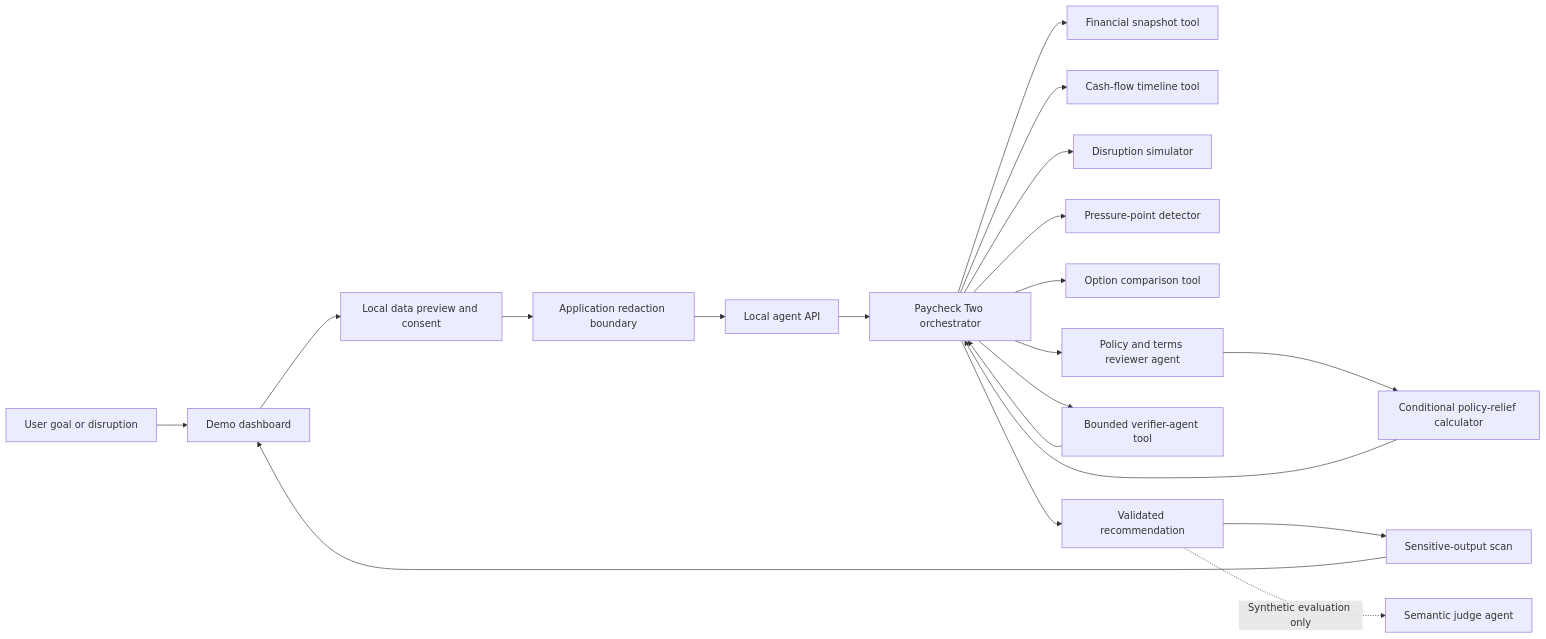
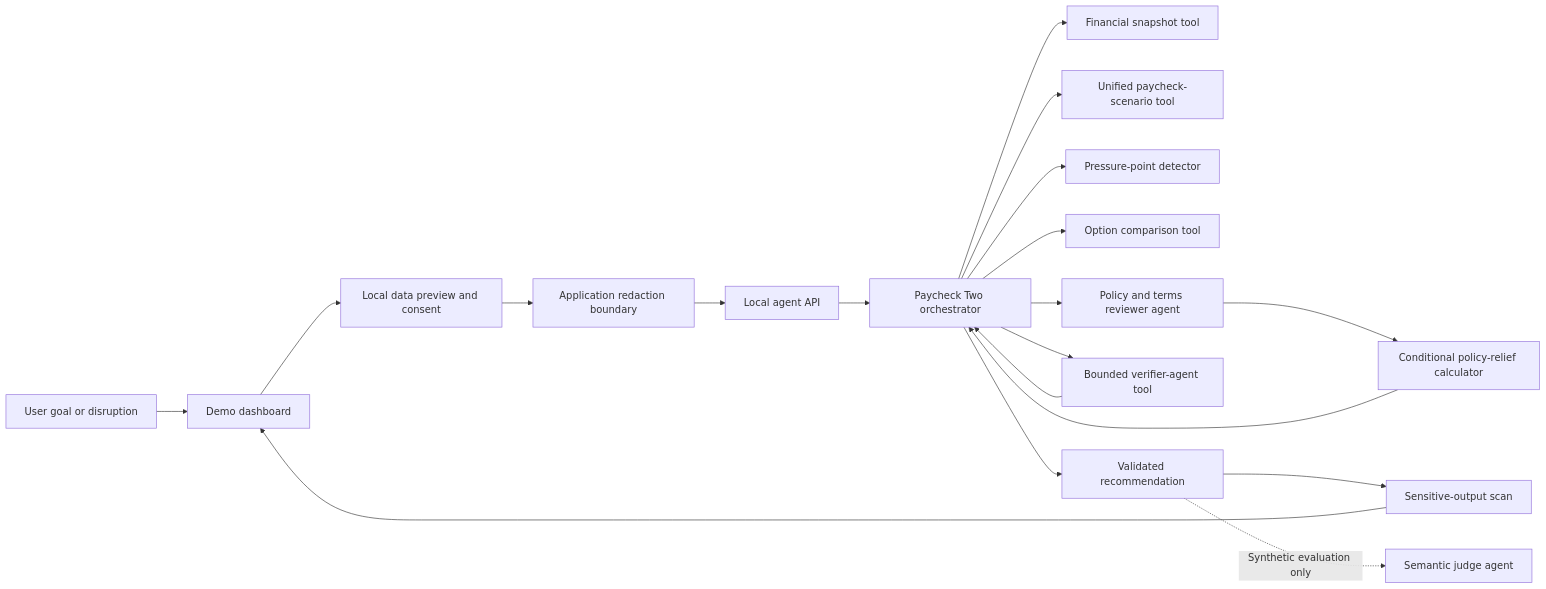
Before and after one commit to CDunn17/paychecktwo: the diagram in README.md, drawn with Mermaid. The commit also changed other lines of this file and 46 other files, not shown here.

````diff
--- a/README.md
+++ b/README.md
@@ -49,22 +50,21 @@
 ```mermaid
 flowchart LR
     User["User goal or disruption"] --> UI["Demo dashboard"]
     UI --> Preview["Local data preview and consent"]
     Preview --> Redact["Application redaction boundary"]
     Redact --> API["Local agent API"]
     API --> Orchestrator["Paycheck Two orchestrator"]
     Orchestrator --> Snapshot["Financial snapshot tool"]
-    Orchestrator --> Timeline["Cash-flow timeline tool"]
-    Orchestrator --> Scenario["Disruption simulator"]
+    Orchestrator --> Analysis["Unified paycheck-scenario tool"]
     Orchestrator --> Pressure["Pressure-point detector"]
     Orchestrator --> Options["Option comparison tool"]
     Orchestrator --> Policy["Policy and terms reviewer agent"]
     Policy --> Relief["Conditional policy-relief calculator"]
     Relief --> Orchestrator
     Orchestrator --> Verifier["Bounded verifier-agent tool"]
     Verifier --> Orchestrator
     Orchestrator --> Result["Validated recommendation"]
     Result --> OutputScan["Sensitive-output scan"]
     OutputScan --> UI
     Result -. "Synthetic evaluation only" .-> Judge["Semantic judge agent"]
 ```
````
